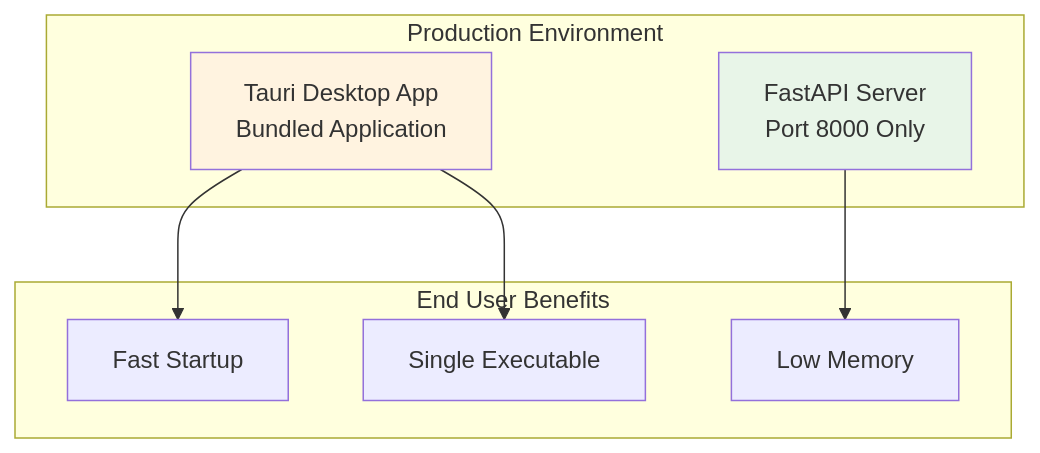
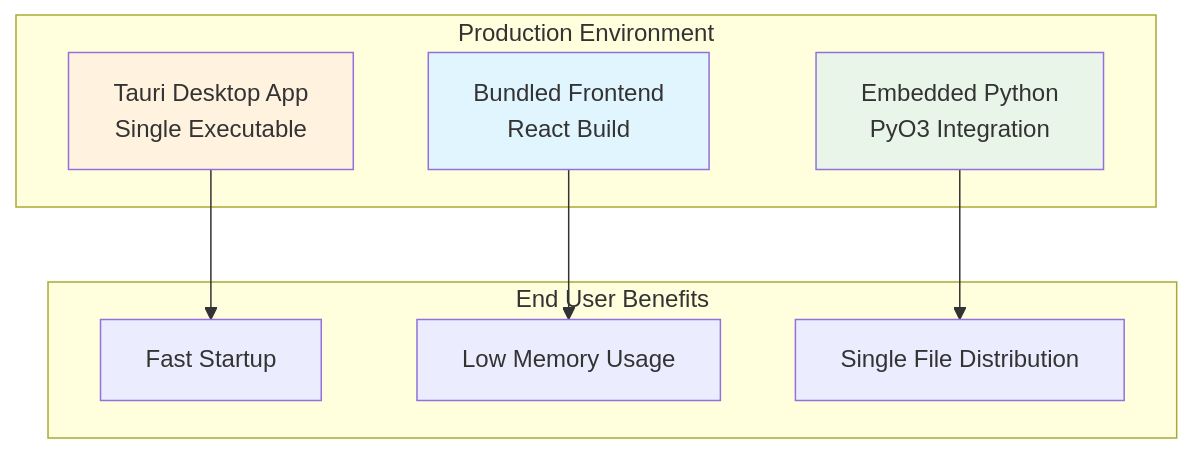
The sixth of 6 diagrams in docs/development/development-architecture.md (boost-edu-tools/gitinspectorgui), drawn with Mermaid before and after one commit. The commit also changed other lines of this file and 13 other files, not shown here.

````diff
--- a/docs/development/development-architecture.md
+++ b/docs/development/development-architecture.md
@@ -384,20 +508,22 @@
 ```mermaid
 graph TB
     subgraph "Production Environment"
-        A[Tauri Desktop App<br/>Bundled Application]
-        B[FastAPI Server<br/>Port 8000 Only]
+        A[Tauri Desktop App<br/>Single Executable]
+        B[Bundled Frontend<br/>React Build]
+        C[Embedded Python<br/>PyO3 Integration]
     end
 
     subgraph "End User Benefits"
-        C[Fast Startup]
-        D[Low Memory]
-        E[Single Executable]
+        D[Fast Startup]
+        E[Low Memory Usage]
+        F[Single File Distribution]
     end
 
-    A --> C
-    B --> D
-    A --> E
+    A --> D
+    B --> E
+    C --> F
 
     style A fill:#fff3e0
-    style B fill:#e8f5e8
+    style B fill:#e1f5fe
+    style C fill:#e8f5e8
 ```
````
